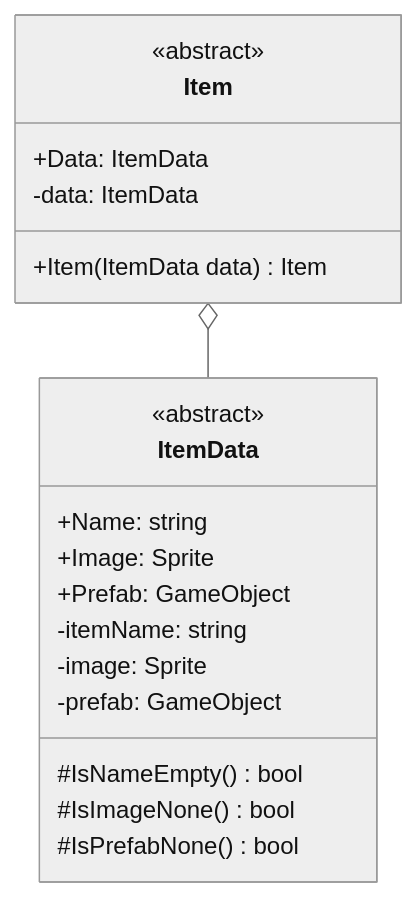
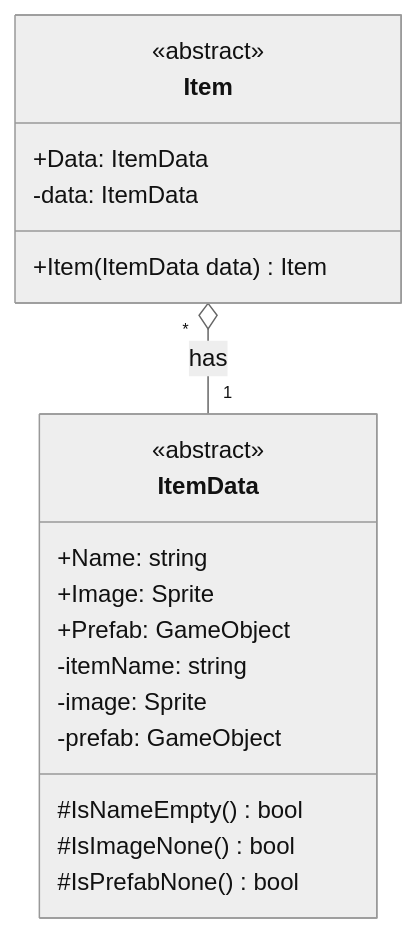
Before and after one commit to 10-team-project/docs: the diagram in docs/기능명세서/아이템/Item.md, drawn with Mermaid (neutral theme). The commit also changed 2 other files, not shown here.

Commit message:
Inventory class

````diff
--- a/docs/기능명세서/아이템/Item.md
+++ b/docs/기능명세서/아이템/Item.md
@@ -27,26 +27,26 @@
 ```mermaid
 classDiagram
 	class Item {
 	<<abstract>>
 		+Data: ItemData
 		-data: ItemData
 		+Item(ItemData data) Item
 	}
 
 	class ItemData {
 		<<abstract>>
 		+Name: string
 		+Image: Sprite
 		+Prefab: GameObject
 		
 		-itemName: string
 		-image: Sprite
 		-prefab: GameObject	
 
 		#IsNameEmpty() bool
 		#IsImageNone() bool
 		#IsPrefabNone() bool
 	}
 
-	Item o-- ItemData	
+	Item "*" o-- "1" ItemData	: has
 ```
````
